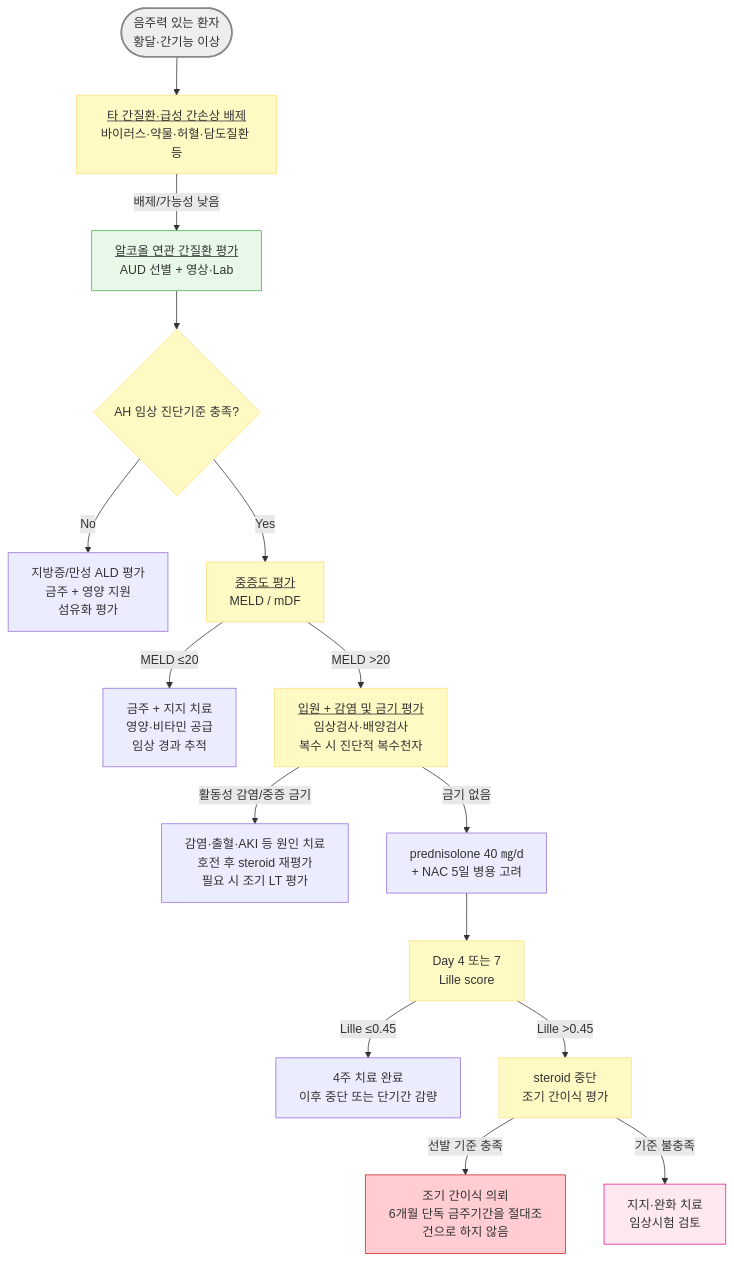
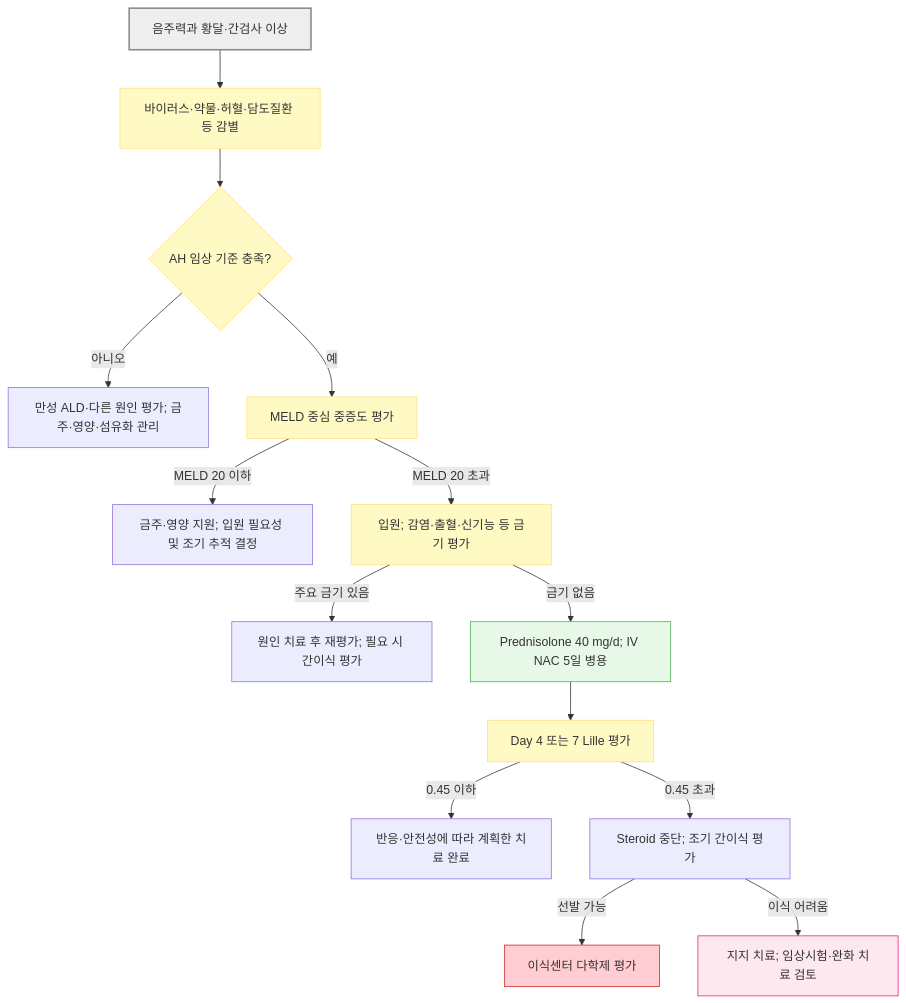
The diagram in 224_/094_-alcoholic-liver-disease.md (familyoh77/familyoh77), drawn with Mermaid before and after one commit. The commit also changed other lines of this file and 1 other file, not shown here.

````diff
--- a/224_/094_-alcoholic-liver-disease.md
+++ b/224_/094_-alcoholic-liver-disease.md
@@ -135,24 +140,23 @@
 ```mermaid
-graph TD
-    A([음주력 있는 환자<br/>황달·간기능 이상]) --> B[<u>타 간질환·급성 간손상 배제</u><br/>바이러스·약물·허혈·담도질환 등]
-    B -->|배제/가능성 낮음| C[<u>알코올 연관 간질환 평가</u><br/>AUD 선별 + 영상·Lab]
-    C --> D{AH 임상 진단기준 충족?}
-    D -->|No| E[지방증/만성 ALD 평가<br/>금주 + 영양 지원<br/>섬유화 평가]
-    D -->|Yes| F[<u>중증도 평가</u><br/>MELD / mDF]
-    F -->|MELD ≤20| G[금주 + 지지 치료<br/>영양·비타민 공급<br/>임상 경과 추적]
-    F -->|MELD >20| H[<u>입원 + 감염 및 금기 평가</u><br/>임상검사·배양검사<br/>복수 시 진단적 복수천자]
-    H -->|활동성 감염/중증 금기| I[감염·출혈·AKI 등 원인 치료<br/>호전 후 steroid 재평가<br/>필요 시 조기 LT 평가]
-    H -->|금기 없음| J[prednisolone 40 ㎎/d<br/>+ NAC 5일 병용 고려]
-    J --> K[Day 4 또는 7<br/>Lille score]
-    K -->|Lille ≤0.45| L[4주 치료 완료<br/>이후 중단 또는 단기간 감량]
-    K -->|Lille >0.45| M[steroid 중단<br/>조기 간이식 평가]
-    M -->|선발 기준 충족| N[조기 간이식 의뢰<br/>6개월 단독 금주기간을 절대조건으로 하지 않음]
-    M -->|기준 불충족| O[지지·완화 치료<br/>임상시험 검토]
+flowchart TD
+    A["음주력과 황달·간검사 이상"] --> B["바이러스·약물·허혈·담도질환 등 감별"]
+    B --> C{"AH 임상 기준 충족?"}
+    C -->|"아니오"| D["만성 ALD·다른 원인 평가; 금주·영양·섬유화 관리"]
+    C -->|"예"| E["MELD 중심 중증도 평가"]
+    E -->|"MELD 20 이하"| F["금주·영양 지원; 입원 필요성 및 조기 추적 결정"]
+    E -->|"MELD 20 초과"| G["입원; 감염·출혈·신기능 등 금기 평가"]
+    G -->|"주요 금기 있음"| H["원인 치료 후 재평가; 필요 시 간이식 평가"]
+    G -->|"금기 없음"| I["Prednisolone 40 mg/d; IV NAC 5일 병용"]
+    I --> J["Day 4 또는 7 Lille 평가"]
+    J -->|"0.45 이하"| K["반응·안전성에 따라 계획한 치료 완료"]
+    J -->|"0.45 초과"| L["Steroid 중단; 조기 간이식 평가"]
+    L -->|"선발 가능"| M["이식센터 다학제 평가"]
+    L -->|"이식 어려움"| N["지지 치료; 임상시험·완화 치료 검토"]
 
 style A fill:#eeeeee,stroke:#888888,stroke-width:2px
 classDef yellow fill:#fff9c4,stroke:#ffe082
-class B,D,F,H,M,K yellow
-style C fill:#e8f8e8,stroke:#4caf50
-style N fill:#ffcdd2,stroke:#c62828
-style O fill:#fde8f0,stroke:#e91e8c
+class B,C,E,G,J yellow
+style I fill:#e8f8e8,stroke:#4caf50
+style M fill:#ffcdd2,stroke:#c62828
+style N fill:#fde8f0,stroke:#e91e8c
 ```
````
